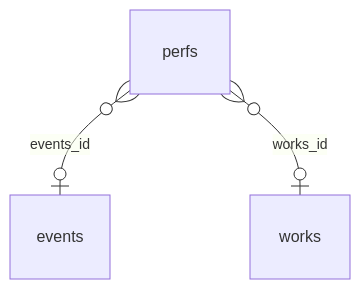
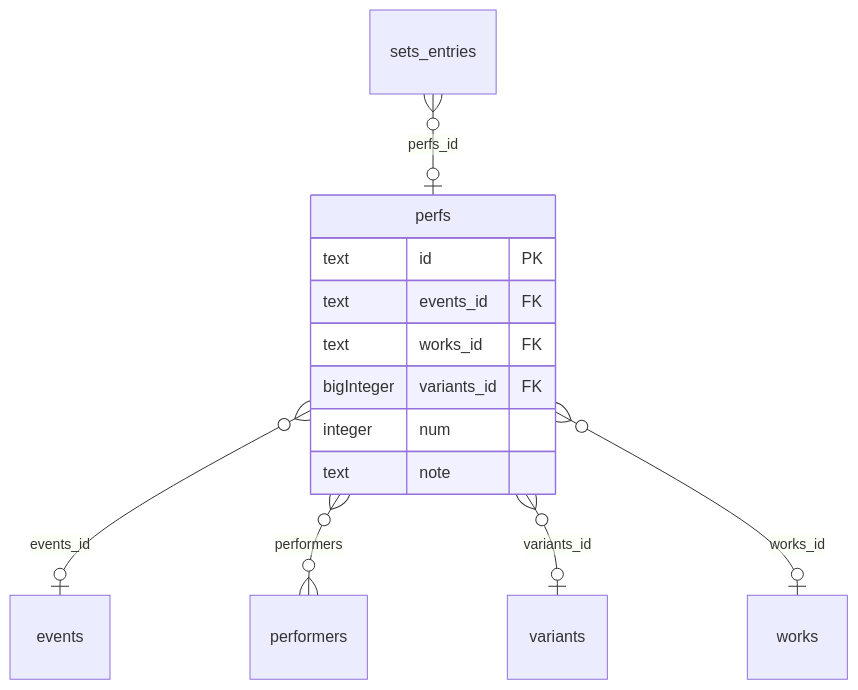
One commit to zlochevsky/shcherbakov changed the fifth of 12 diagrams in docs/directus.md. Above: the diagram before and after it, drawn with Mermaid. The commit also changed other lines of this file and 1 other file, not shown here.

Commit message:
Directus docs: songs and performances diagrams show only links of the central collection, performances table and field notes

````diff
--- a/docs/directus.md
+++ b/docs/directus.md
@@ -149,5 +150,16 @@
 ```mermaid
 erDiagram
     perfs }o--o| events : "events_id"
+    perfs }o--o{ performers : "performers"
+    perfs }o--o| variants : "variants_id"
     perfs }o--o| works : "works_id"
+    sets_entries }o--o| perfs : "perfs_id"
+    perfs {
+        text id PK
+        text events_id FK
+        text works_id FK
+        bigInteger variants_id FK
+        integer num
+        text note
+    }
 ```
````
